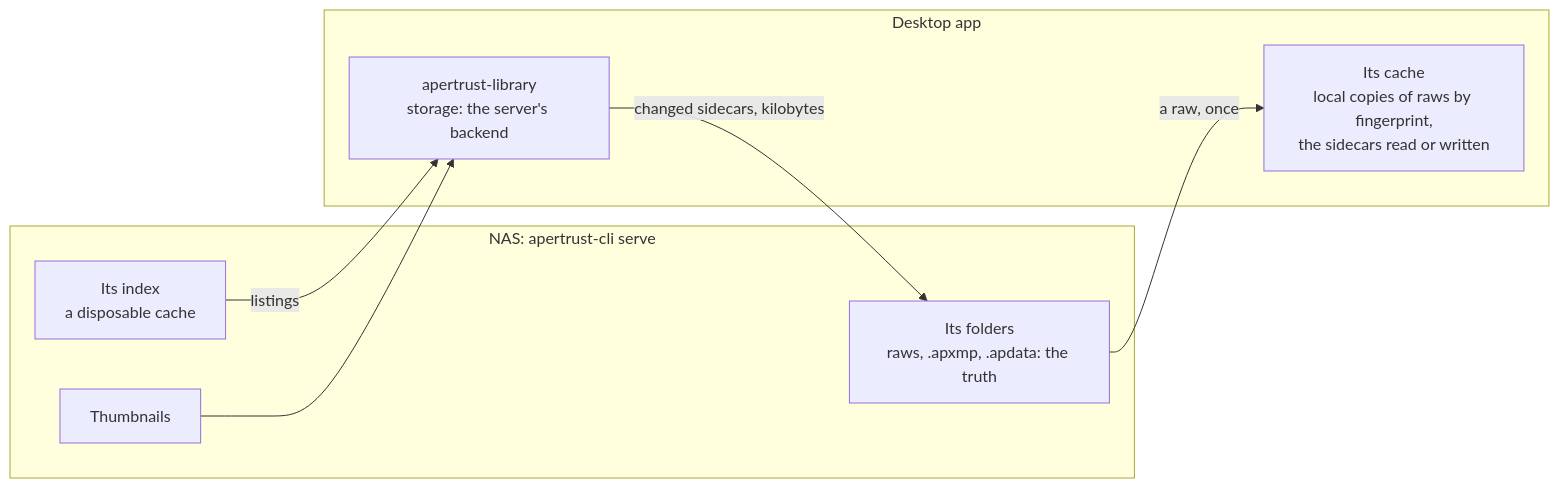
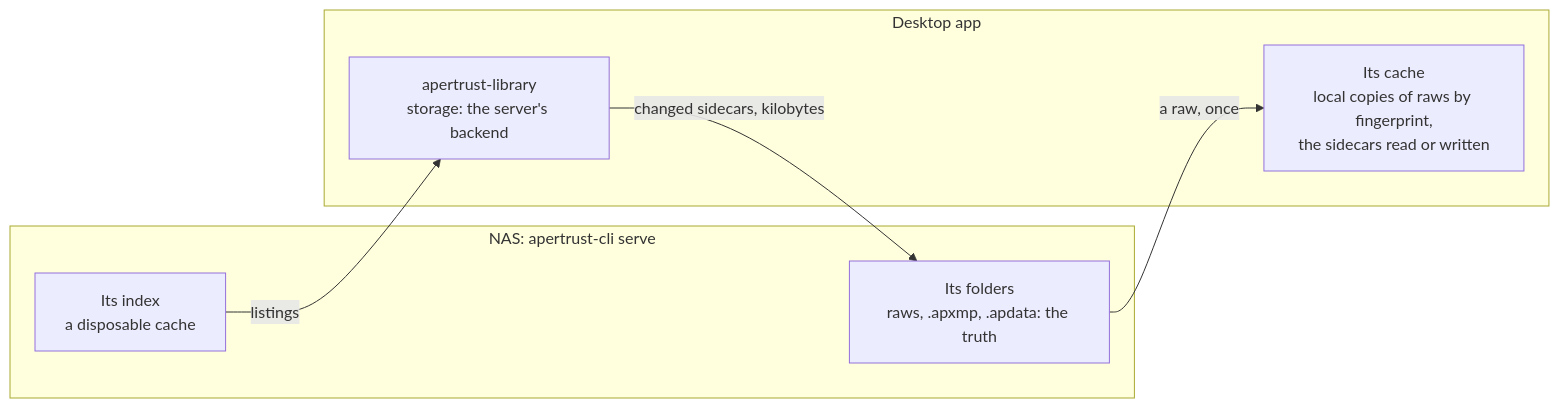
Before and after one commit to apertrust/apertrust: the fourth of 4 diagrams in docs/library.md, drawn with Mermaid. The commit also changed other lines of this file and 2 other files, not shown here.

````diff
--- a/docs/library.md
+++ b/docs/library.md
@@ -601,16 +601,14 @@
 ```mermaid
 flowchart LR
     subgraph nas ["NAS: apertrust-cli serve"]
         folders["Its folders<br/>raws, .apxmp, .apdata: the truth"]
         sindex["Its index<br/>a disposable cache"]
-        sthumbs["Thumbnails"]
     end
     subgraph desk ["Desktop app"]
         lib["apertrust-library<br/>storage: the server's backend"]
         cache["Its cache<br/>local copies of raws by fingerprint,<br/>the sidecars read or written"]
     end
     lib -->|"changed sidecars, kilobytes"| folders
     folders -->|"a raw, once"| cache
     sindex -->|"listings"| lib
-    sthumbs --> lib
 ```
````
